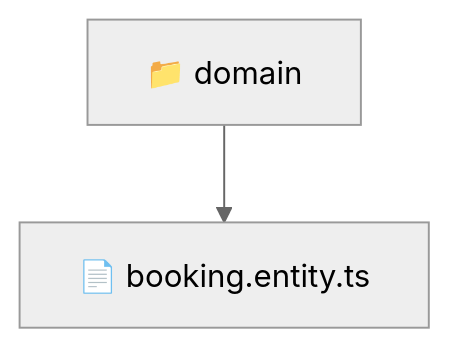
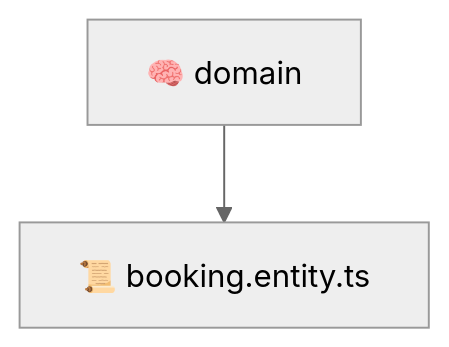
One commit to beginwebdev2002/fullstack-mavluda changed the diagram in backend/src/modules/booking/domain/README.md. Above: the diagram before and after it, drawn with Mermaid (neutral theme). The commit also changed other lines of this file and 163 other files, not shown here.

````diff
--- a/backend/src/modules/booking/domain/README.md
+++ b/backend/src/modules/booking/domain/README.md
@@ -9,5 +9,5 @@
 ```mermaid
 graph TD
-  Root["📁 domain"]
-  Root --> booking_entity_ts["📄 booking.entity.ts"]
+  domain["🧠 domain"]
+  domain --> booking_entity_ts["📜 booking.entity.ts"]
 ```
````
